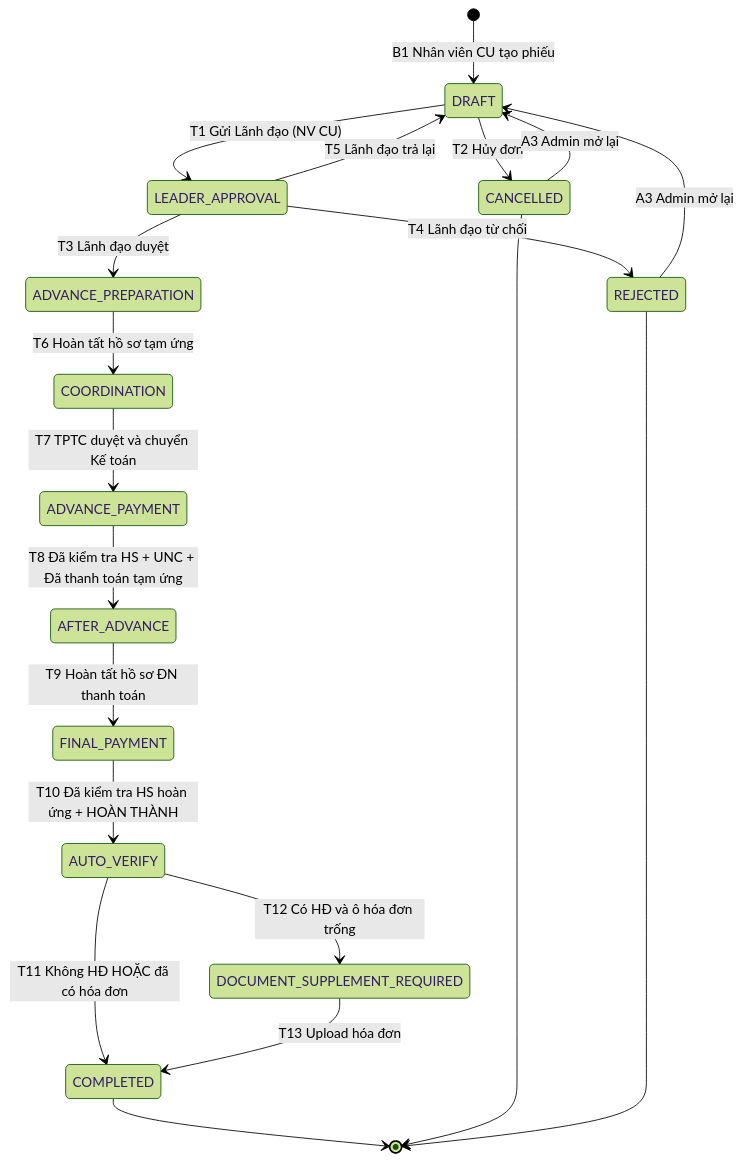
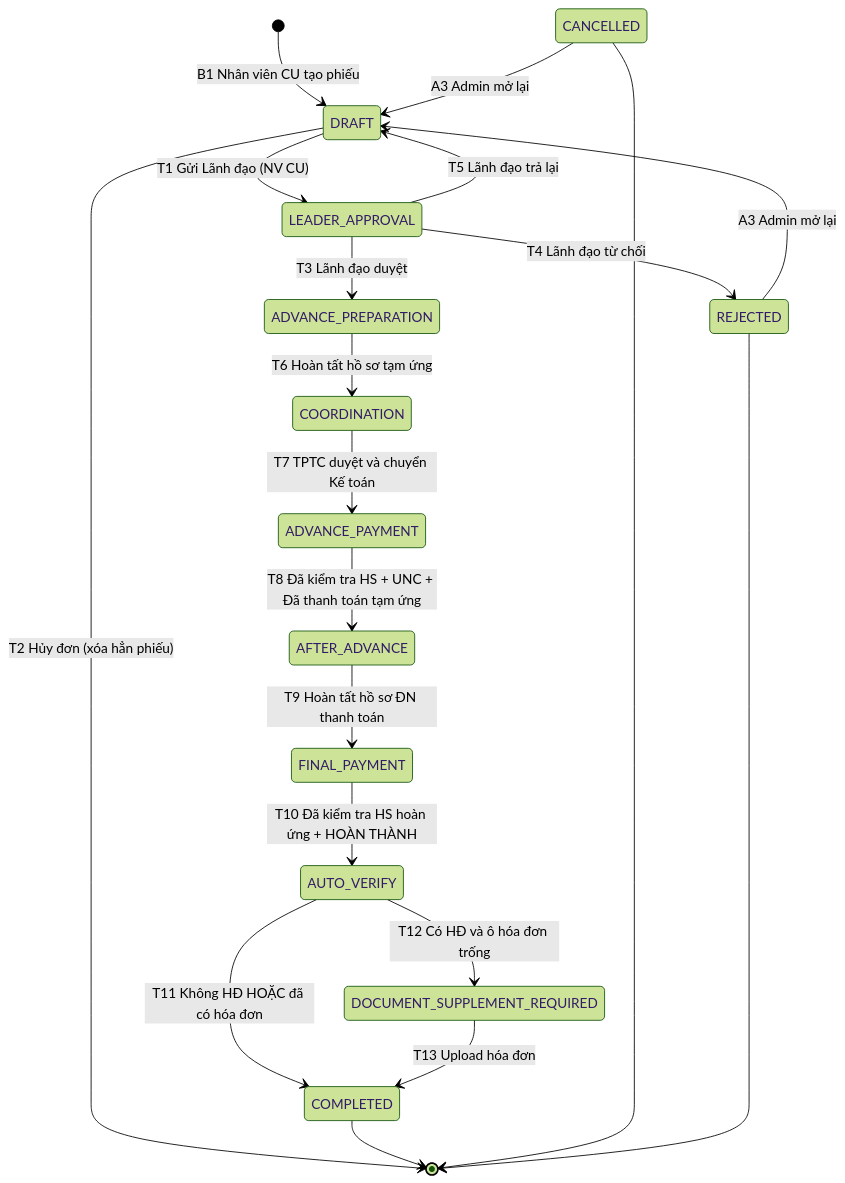
The diagram in docs/workflow.md (luanitnipponham/quanlykho), drawn with Mermaid (forest theme) before and after one commit. The commit also changed other lines of this file and 7 other files, not shown here.

First line of the commit message:
Hủy đơn ở B1 là xóa hẳn phiếu, không để lại bản ghi "Đã hủy"

````diff
--- a/docs/workflow.md
+++ b/docs/workflow.md
@@ -69,31 +69,31 @@
 ```mermaid
 stateDiagram-v2
     [*] --> DRAFT: B1 Nhân viên CU tạo phiếu
 
     DRAFT --> LEADER_APPROVAL: T1 Gửi Lãnh đạo (NV CU)
-    DRAFT --> CANCELLED: T2 Hủy đơn
+    DRAFT --> [*]: T2 Hủy đơn (xóa hẳn phiếu)
 
     LEADER_APPROVAL --> ADVANCE_PREPARATION: T3 Lãnh đạo duyệt
     LEADER_APPROVAL --> REJECTED: T4 Lãnh đạo từ chối
     LEADER_APPROVAL --> DRAFT: T5 Lãnh đạo trả lại
 
     ADVANCE_PREPARATION --> COORDINATION: T6 Hoàn tất hồ sơ tạm ứng
 
     COORDINATION --> ADVANCE_PAYMENT: T7 TPTC duyệt và chuyển Kế toán
     ADVANCE_PAYMENT --> AFTER_ADVANCE: T8 Đã kiểm tra HS + UNC + Đã thanh toán tạm ứng
     AFTER_ADVANCE --> FINAL_PAYMENT: T9 Hoàn tất hồ sơ ĐN thanh toán
     FINAL_PAYMENT --> AUTO_VERIFY: T10 Đã kiểm tra HS hoàn ứng + HOÀN THÀNH
 
     state AUTO_VERIFY <<choice>>
     AUTO_VERIFY --> COMPLETED: T11 Không HĐ HOẶC đã có hóa đơn
     AUTO_VERIFY --> DOCUMENT_SUPPLEMENT_REQUIRED: T12 Có HĐ và ô hóa đơn trống
 
     DOCUMENT_SUPPLEMENT_REQUIRED --> COMPLETED: T13 Upload hóa đơn
 
     CANCELLED --> DRAFT: A3 Admin mở lại
     REJECTED --> DRAFT: A3 Admin mở lại
 
     COMPLETED --> [*]
     CANCELLED --> [*]
     REJECTED --> [*]
 ```
````
